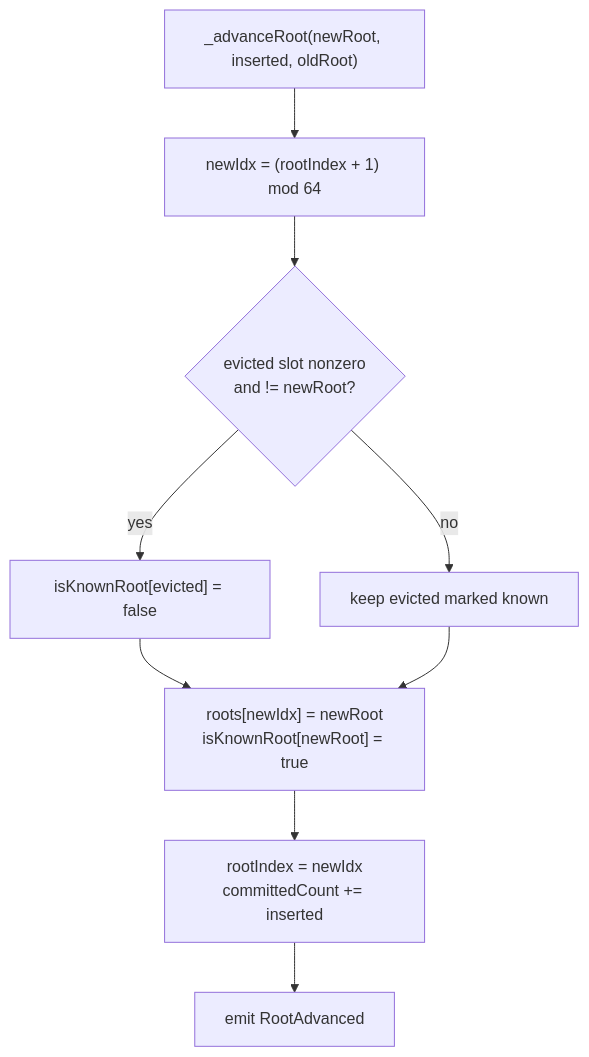
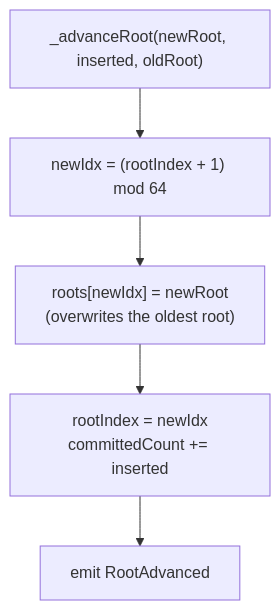
The third of 12 diagrams in src/README.md (lelantos-org/contracts), drawn with Mermaid before and after one commit. The commit also changed other lines of this file and 275 other files, not shown here.

````diff
--- a/src/README.md
+++ b/src/README.md
@@ -239,11 +250,7 @@
 ```mermaid
 flowchart TD
   A["_advanceRoot(newRoot, inserted, oldRoot)"] --> B["newIdx = (rootIndex + 1) mod 64"]
-  B --> C{"evicted slot nonzero<br/>and != newRoot?"}
-  C -->|yes| D["isKnownRoot[evicted] = false"]
-  C -->|no| E["keep evicted marked known"]
-  D --> F["roots[newIdx] = newRoot<br/>isKnownRoot[newRoot] = true"]
-  E --> F
+  B --> F["roots[newIdx] = newRoot<br/>(overwrites the oldest root)"]
   F --> G["rootIndex = newIdx<br/>committedCount += inserted"]
   G --> H["emit RootAdvanced"]
 ```
````
